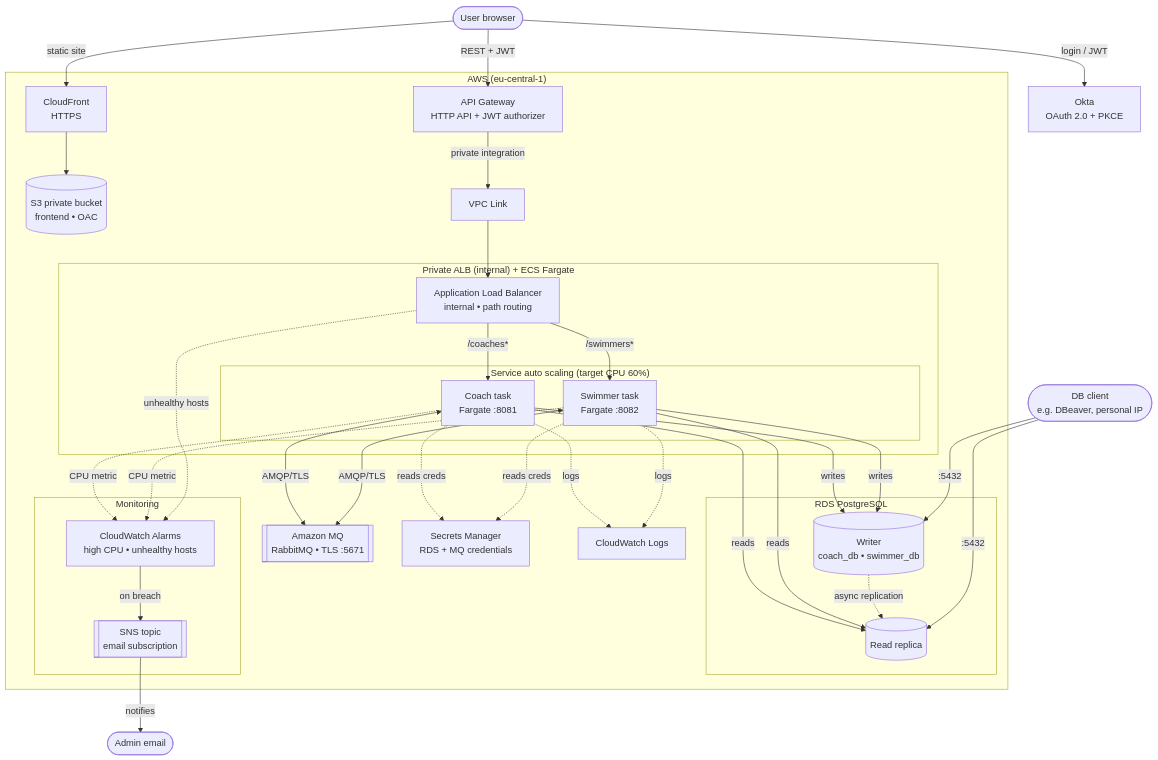
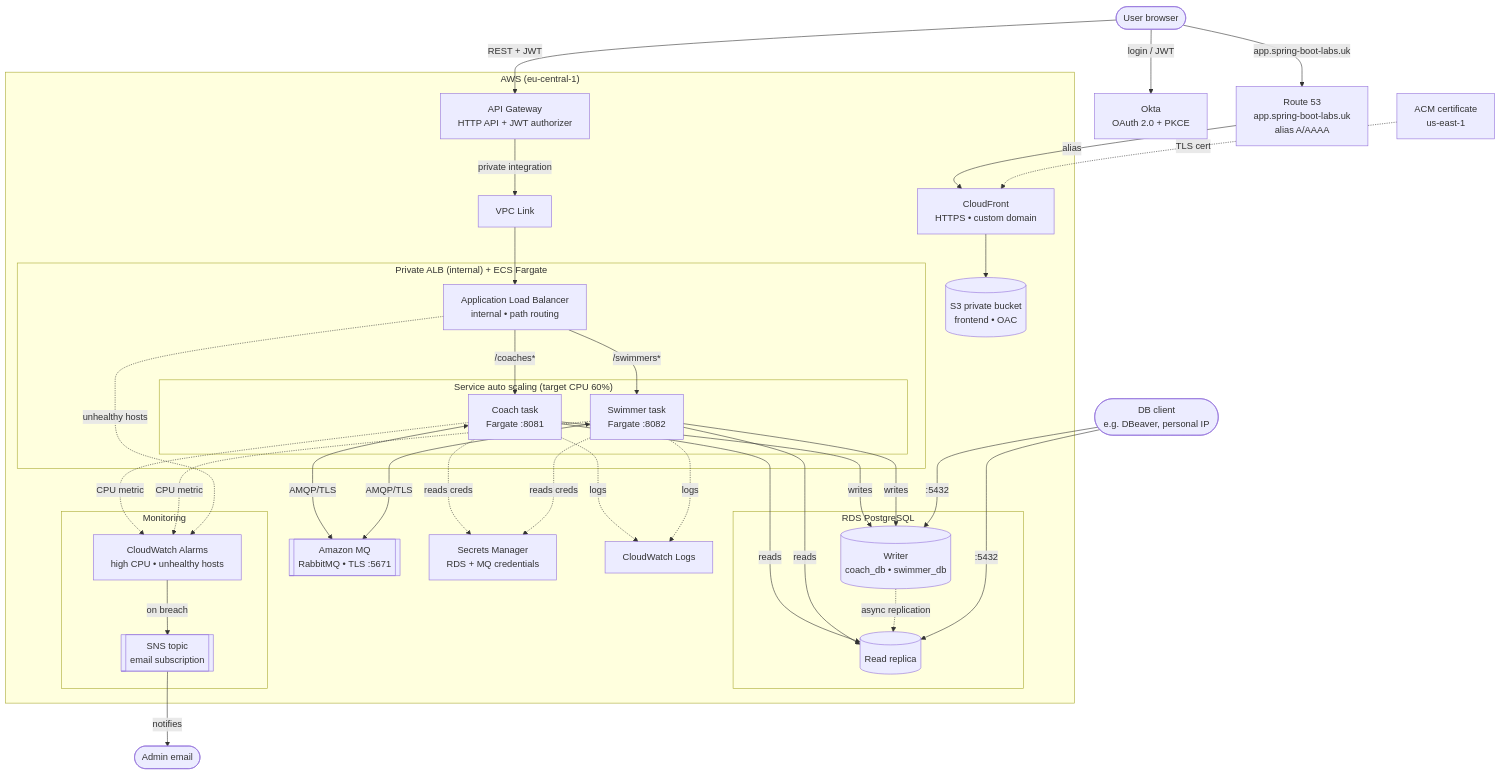
One commit to Winetq/spring-boot-labs changed the second of 2 diagrams in README.md. Above: the diagram before and after it, drawn with Mermaid. The commit also changed other lines of this file and 8 other files, not shown here.

Commit message:
Configure Route 53 and ACM

````diff
--- a/README.md
+++ b/README.md
@@ -139,69 +145,71 @@
 ```mermaid
 flowchart TB
     User([User browser])
     Okta[Okta<br/>OAuth 2.0 + PKCE]
     DBeaver([DB client<br/>e.g. DBeaver, personal IP])
 
     User -->|login / JWT| Okta
 
     subgraph AWS["AWS (eu-central-1)"]
-        CF[CloudFront<br/>HTTPS]
+        CF[CloudFront<br/>HTTPS • custom domain]
         S3[(S3 private bucket<br/>frontend • OAC)]
         APIGW[API Gateway<br/>HTTP API + JWT authorizer]
         VPCL[VPC Link]
 
         subgraph Private["Private ALB (internal) + ECS Fargate"]
             ALB[Application Load Balancer<br/>internal • path routing]
             subgraph Scaling["Service auto scaling (target CPU 60%)"]
                 Coach[Coach task<br/>Fargate :8081]
                 Swimmer[Swimmer task<br/>Fargate :8082]
             end
         end
 
         MQ[[Amazon MQ<br/>RabbitMQ • TLS :5671]]
 
         subgraph RDS["RDS PostgreSQL"]
             Writer[(Writer<br/>coach_db • swimmer_db)]
             Replica[(Read replica)]
         end
 
         SM[Secrets Manager<br/>RDS + MQ credentials]
         Logs[CloudWatch Logs]
 
         subgraph Monitoring["Monitoring"]
             Alarms[CloudWatch Alarms<br/>high CPU • unhealthy hosts]
             SNS[[SNS topic<br/>email subscription]]
         end
     end
 
-    User -->|static site| CF
+    User -->|app.spring-boot-labs.uk| DNS[Route 53<br/>app.spring-boot-labs.uk<br/>alias A/AAAA]
+    DNS -->|alias| CF
     CF --> S3
+    ACM[ACM certificate<br/>us-east-1] -. TLS cert .-> CF
     User -->|REST + JWT| APIGW
     APIGW -->|private integration| VPCL
     VPCL --> ALB
     ALB -->|/coaches*| Coach
     ALB -->|/swimmers*| Swimmer
 
     Coach <-->|AMQP/TLS| MQ
     Swimmer <-->|AMQP/TLS| MQ
 
     Coach -->|writes| Writer
     Swimmer -->|writes| Writer
     Coach -->|reads| Replica
     Swimmer -->|reads| Replica
     Writer -. async replication .-> Replica
 
     Coach -. reads creds .-> SM
     Swimmer -. reads creds .-> SM
     Coach -. logs .-> Logs
     Swimmer -. logs .-> Logs
 
     Coach -. CPU metric .-> Alarms
     Swimmer -. CPU metric .-> Alarms
     ALB -. unhealthy hosts .-> Alarms
     Alarms -->|on breach| SNS
     SNS -->|notifies| Admin([Admin email])
 
     DBeaver -->|:5432| Writer
     DBeaver -->|:5432| Replica
 ```
````
